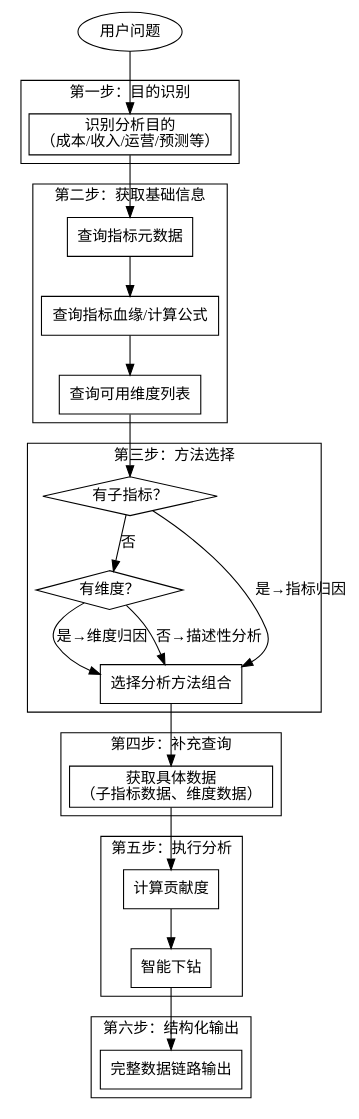
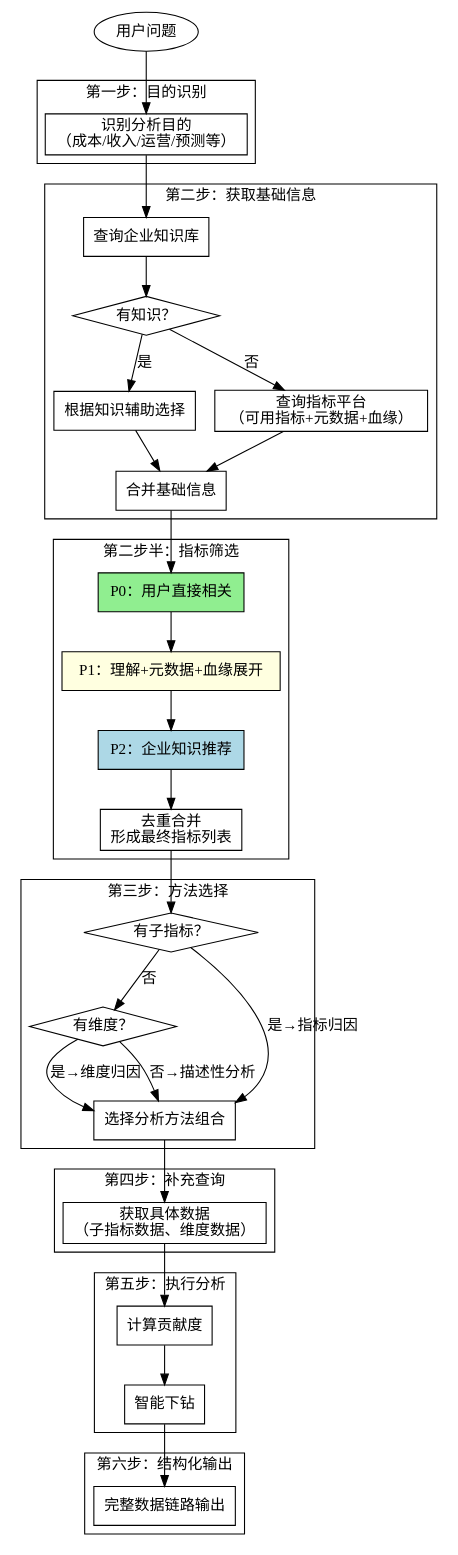
Before and after one commit to damonlinyz/skill_mp: the first of 2 diagrams in SKILL.md, drawn with Graphviz. The commit also changed other lines of this file, not shown here.

````diff
--- a/SKILL.md
+++ b/SKILL.md
@@ -23,58 +24,75 @@
 ```dot
-digraph analysis_flow {
+digraph analysis_flow_v2 {
     rankdir=TB;
 
     start [label="用户问题" shape=ellipse];
 
     subgraph cluster_0 {
         label="第一步：目的识别";
         purpose [label="识别分析目的\n（成本/收入/运营/预测等）" shape=box];
     }
 
     subgraph cluster_1 {
         label="第二步：获取基础信息";
-        get_meta [label="查询指标元数据" shape=box];
-        get_bloodline [label="查询指标血缘/计算公式" shape=box];
-        get_dims [label="查询可用维度列表" shape=box];
+        check_knowledge [label="查询企业知识库" shape=box];
+        has_knowledge [label="有知识？" shape=diamond];
+        use_knowledge [label="根据知识辅助选择" shape=box];
+        no_knowledge [label="查询指标平台\n（可用指标+元数据+血缘）" shape=box];
+        merge_info [label="合并基础信息" shape=box];
     }
 
     subgraph cluster_2 {
+        label="第二步半：指标筛选";
+        p0 [label="P0：用户直接相关" shape=box style=filled fillcolor=lightgreen];
+        p1 [label="P1：理解+元数据+血缘展开" shape=box style=filled fillcolor=lightyellow];
+        p2 [label="P2：企业知识推荐" shape=box style=filled fillcolor=lightblue];
+        filter [label="去重合并\n形成最终指标列表" shape=box];
+    }
+
+    subgraph cluster_3 {
         label="第三步：方法选择";
         check_sub [label="有子指标？" shape=diamond];
         check_dim [label="有维度？" shape=diamond];
         select_methods [label="选择分析方法组合" shape=box];
     }
 
-    subgraph cluster_3 {
+    subgraph cluster_4 {
         label="第四步：补充查询";
         get_data [label="获取具体数据\n（子指标数据、维度数据）" shape=box];
     }
 
-    subgraph cluster_4 {
+    subgraph cluster_5 {
         label="第五步：执行分析";
         analyze [label="计算贡献度" shape=box];
         drill [label="智能下钻" shape=box];
     }
 
-    subgraph cluster_5 {
+    subgraph cluster_6 {
         label="第六步：结构化输出";
         output [label="完整数据链路输出" shape=box];
     }
 
     start -> purpose;
-    purpose -> get_meta;
-    get_meta -> get_bloodline;
-    get_bloodline -> get_dims;
-    get_dims -> check_sub;
+    purpose -> check_knowledge;
+    check_knowledge -> has_knowledge;
+    has_knowledge -> use_knowledge [label="是"];
+    has_knowledge -> no_knowledge [label="否"];
+    use_knowledge -> merge_info;
+    no_knowledge -> merge_info;
+    merge_info -> p0;
+    p0 -> p1;
+    p1 -> p2;
+    p2 -> filter;
+    filter -> check_sub;
 
     check_sub -> select_methods [label="是→指标归因"];
     check_sub -> check_dim [label="否"];
     check_dim -> select_methods [label="是→维度归因"];
     check_dim -> select_methods [label="否→描述性分析"];
 
     select_methods -> get_data;
     get_data -> analyze;
     analyze -> drill;
     drill -> output;
 }
 ```
````
